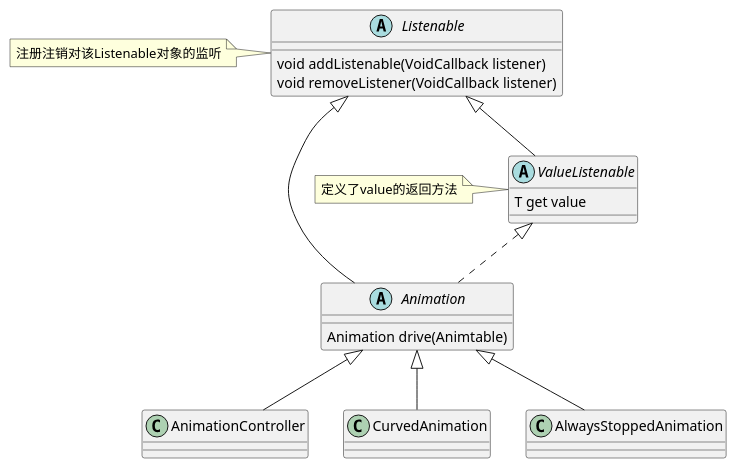
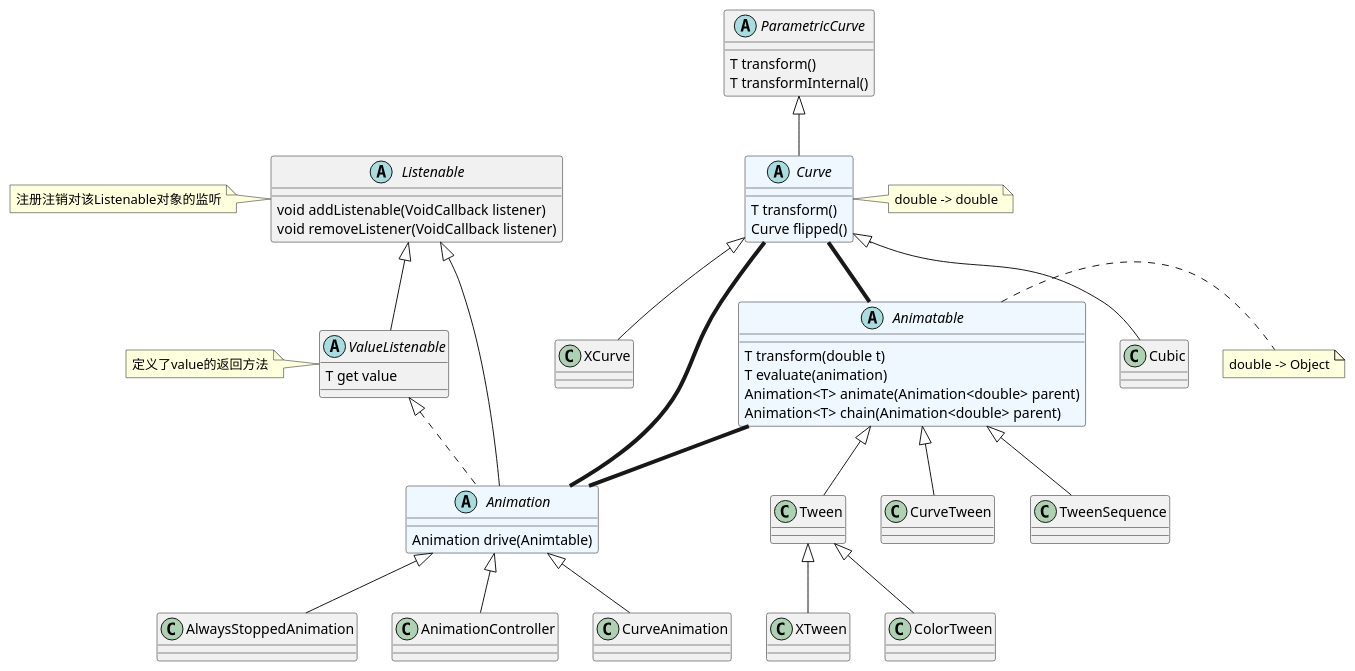
One commit to HEROhuqinchao/flutter_bilibili_getx changed the second of 2 diagrams in lib/ui/pages/functions/animation_study/mindMap/mindMap.pu. Above: the diagram before and after it, drawn with PlantUML. The commit also changed other lines of this file and 4 other files, not shown here.

```diff
--- a/lib/ui/pages/functions/animation_study/mindMap/mindMap.pu
+++ b/lib/ui/pages/functions/animation_study/mindMap/mindMap.pu
@@ -153,23 +174,60 @@
 @startuml
 abstract class Listenable {
     void addListenable(VoidCallback listener)
     void removeListener(VoidCallback listener)
 }
 note left: 注册注销对该Listenable对象的监听
 abstract class ValueListenable {
     T get value
 }
 note left: 定义了value的返回方法
-abstract class Animation {
+abstract class Animation #aliceblue{
     Animation drive(Animtable)
 }
 class AnimationController
-class CurvedAnimation
+class CurveAnimation
 class AlwaysStoppedAnimation
 Listenable <|-- Animation
 Listenable <|-- ValueListenable
 ValueListenable <|.. Animation
 Animation <|-- AnimationController
-Animation <|-- CurvedAnimation
+Animation <|-- CurveAnimation
 Animation <|-- AlwaysStoppedAnimation
+
+abstract class Animatable #aliceblue{
+    T transform(double t)
+    T evaluate(animation)
+    Animation<T> animate(Animation<double> parent)
+    Animation<T> chain(Animation<double> parent)
+}
+note right: double -> Object
+class TweenSequence
+class Tween
+class CurveTween
+class ColorTween
+class XTween
+Animatable <|-- TweenSequence
+Animatable <|-- Tween
+Animatable <|-- CurveTween
+Tween <|-- ColorTween
+Tween <|-- XTween
+
+abstract class ParametricCurve {
+    T transform()
+    T transformInternal()
+}
+abstract class Curve #aliceblue{
+    T transform()
+    Curve flipped()
+}
+note right: double -> double
+class Cubic
+class XCurve
+ParametricCurve <|-- Curve
+Curve <|-- Cubic
+Curve <|-- XCurve
+
+Curve -[thickness=4]- Animatable
+Curve -[thickness=4]- Animation
+Animatable -[thickness=4]- Animation
 @enduml
```
